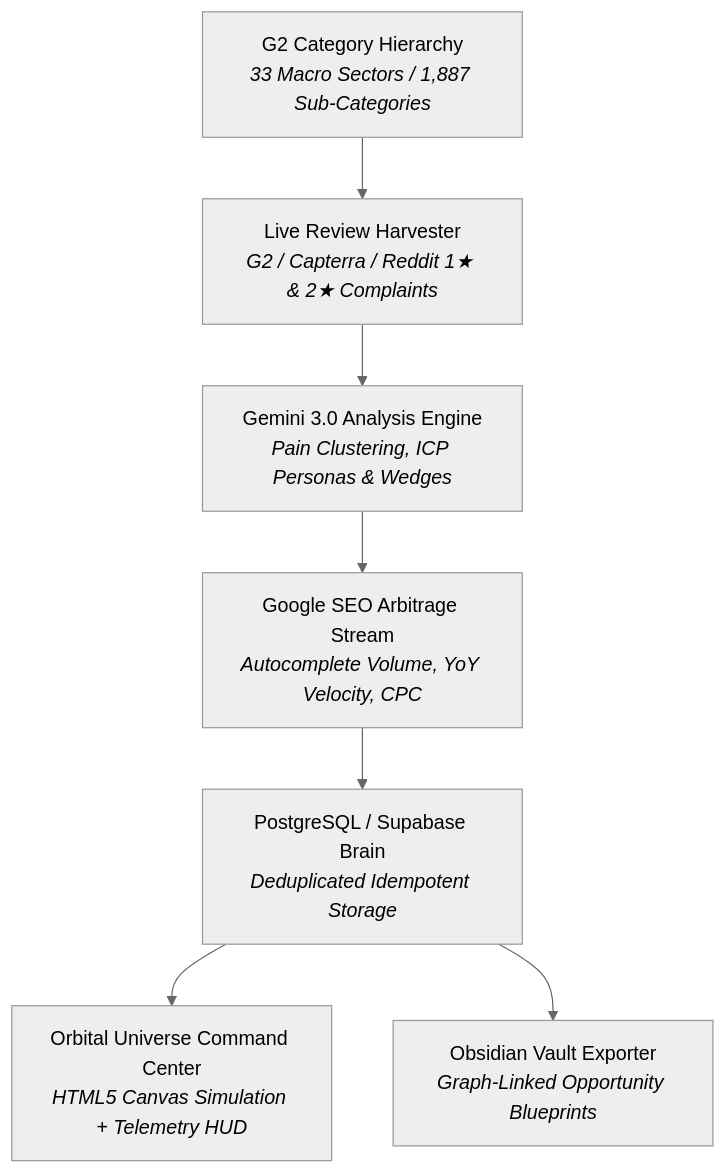
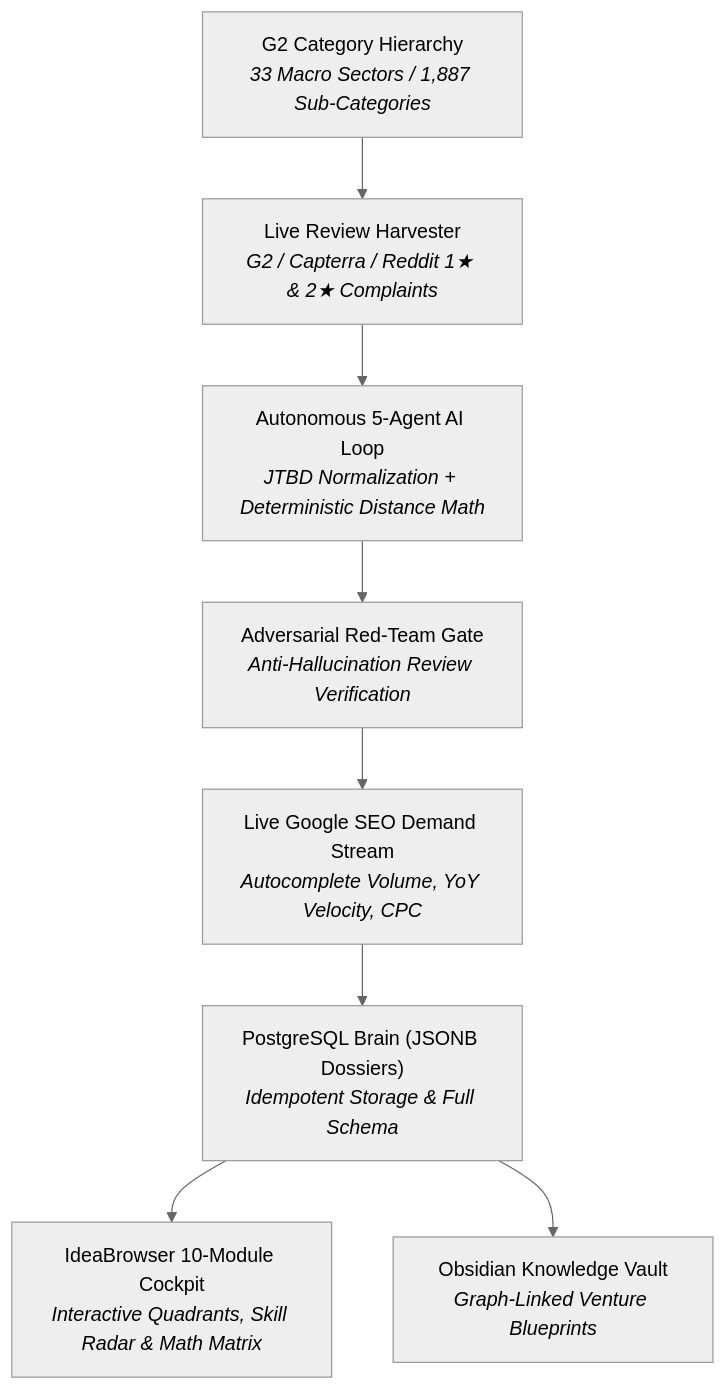
The diagram in README.md (Amrith-ops/idea-generating-engine), drawn with Mermaid (neutral theme) before and after one commit. The commit also changed other lines of this file and 12 other files, not shown here.

````diff
--- a/README.md
+++ b/README.md
@@ -11,9 +17,10 @@
 ```mermaid
 flowchart TD
     A["G2 Category Hierarchy<br><i>33 Macro Sectors / 1,887 Sub-Categories</i>"] --> B["Live Review Harvester<br><i>G2 / Capterra / Reddit 1★ & 2★ Complaints</i>"]
-    B --> C["Gemini 3.0 Analysis Engine<br><i>Pain Clustering, ICP Personas & Wedges</i>"]
-    C --> D["Google SEO Arbitrage Stream<br><i>Autocomplete Volume, YoY Velocity, CPC</i>"]
-    D --> E["PostgreSQL / Supabase Brain<br><i>Deduplicated Idempotent Storage</i>"]
-    E --> F["Orbital Universe Command Center<br><i>HTML5 Canvas Simulation + Telemetry HUD</i>"]
-    E --> G["Obsidian Vault Exporter<br><i>Graph-Linked Opportunity Blueprints</i>"]
+    B --> C["Autonomous 5-Agent AI Loop<br><i>JTBD Normalization + Deterministic Distance Math</i>"]
+    C --> D["Adversarial Red-Team Gate<br><i>Anti-Hallucination Review Verification</i>"]
+    D --> E["Live Google SEO Demand Stream<br><i>Autocomplete Volume, YoY Velocity, CPC</i>"]
+    E --> F["PostgreSQL Brain (JSONB Dossiers)<br><i>Idempotent Storage & Full Schema</i>"]
+    F --> G["IdeaBrowser 10-Module Cockpit<br><i>Interactive Quadrants, Skill Radar & Math Matrix</i>"]
+    F --> H["Obsidian Knowledge Vault<br><i>Graph-Linked Venture Blueprints</i>"]
 ```
````
